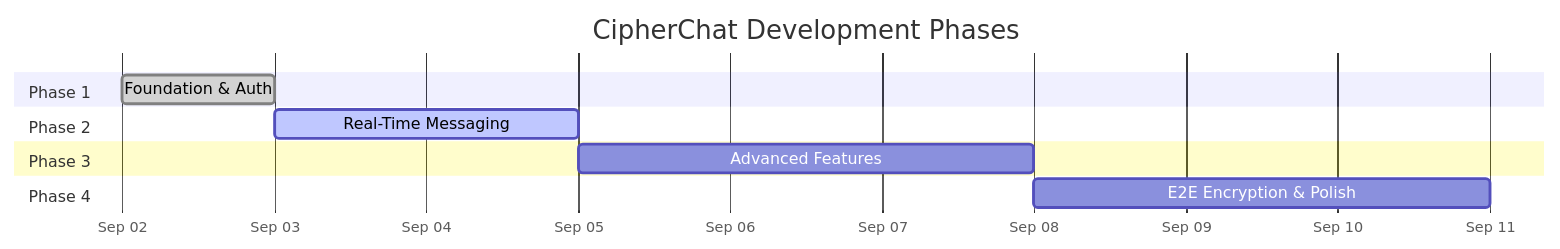
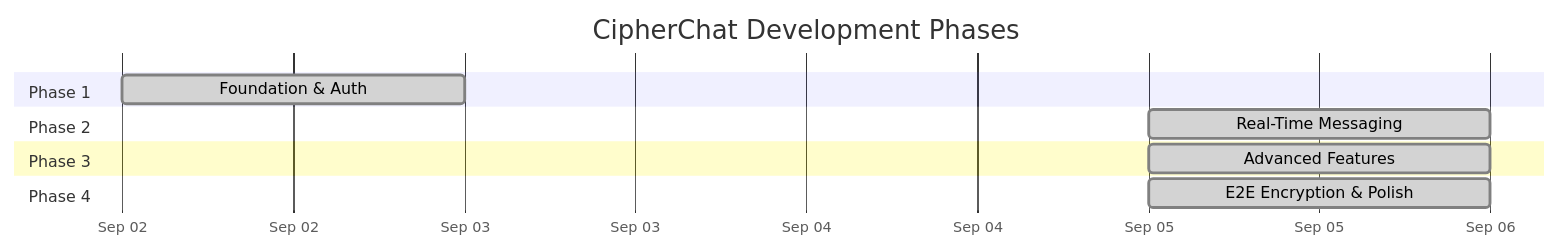
One commit to Avi-Kedare-75/CipherChat changed the diagram in PHASE_TRACKER.md. Above: the diagram before and after it, drawn with Mermaid. The commit also changed other lines of this file and 43 other files, not shown here.

````diff
--- a/PHASE_TRACKER.md
+++ b/PHASE_TRACKER.md
@@ -21,18 +21,18 @@
 ```mermaid
 gantt
     title CipherChat Development Phases
     dateFormat  YYYY-MM-DD
     axisFormat  %b %d
 
     section Phase 1
     Foundation & Auth           :done, p1, 2026-09-02, 1d
 
     section Phase 2
-    Real-Time Messaging         :active, p2, after p1, 2d
+    Real-Time Messaging         :done, p2, 2026-09-05, 1d
 
     section Phase 3
-    Advanced Features           :p3, after p2, 3d
+    Advanced Features           :done, p3, 2026-09-05, 1d
 
     section Phase 4
-    E2E Encryption & Polish     :p4, after p3, 3d
+    E2E Encryption & Polish     :done, p4, 2026-09-05, 1d
 ```
````
